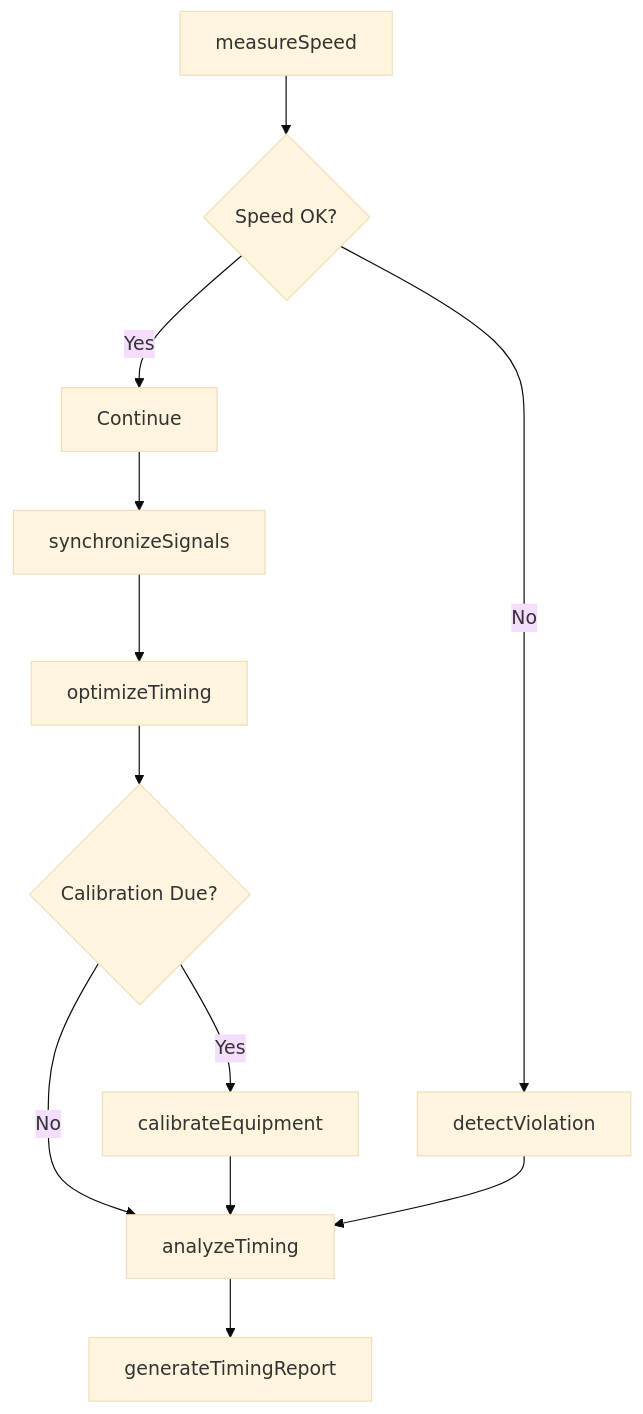
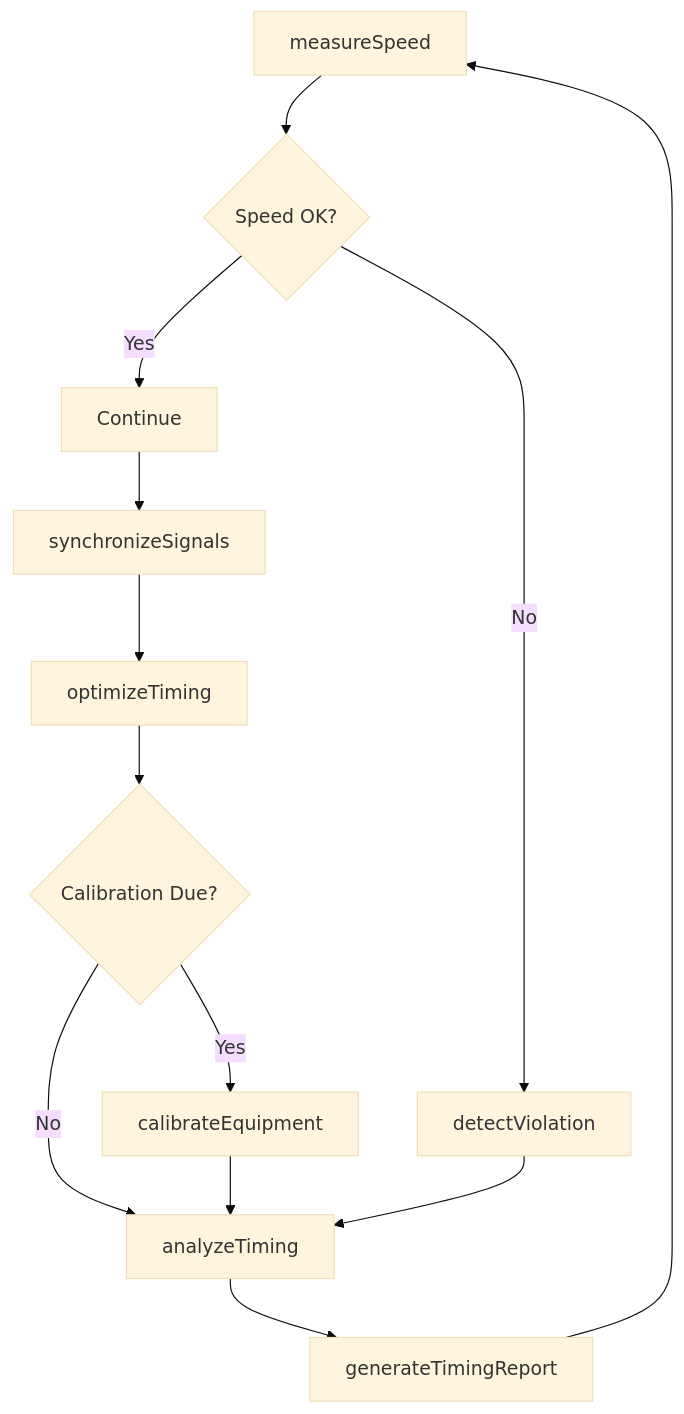
The third of 4 diagrams in MonitoringProcessesMaterialsOrSurroundings/MonitorTrafficConditions/TimeVehicleSpeedTraffic-controlEquipment.mdx (dot-org-ai/tasks.org.ai), drawn with Mermaid (base theme) before and after one commit. The commit also changed other lines of this file and 307 other files, not shown here.

First line of the commit message:
feat: Add ER diagrams and state diagrams to remaining 308 DWA task files (wave 3 complete)

````diff
--- a/MonitoringProcessesMaterialsOrSurroundings/MonitorTrafficConditions/TimeVehicleSpeedTraffic-controlEquipment.mdx
+++ b/MonitoringProcessesMaterialsOrSurroundings/MonitorTrafficConditions/TimeVehicleSpeedTraffic-controlEquipment.mdx
@@ -87,14 +116,15 @@
 ```mermaid
 graph TD
     A[measureSpeed] --> B{Speed OK?}
     B -->|No| C[detectViolation]
     B -->|Yes| D[Continue]
     D --> E[synchronizeSignals]
     E --> F[optimizeTiming]
     F --> G{Calibration Due?}
     G -->|Yes| H[calibrateEquipment]
     G -->|No| I[analyzeTiming]
     H --> I
     C --> I
     I --> J[generateTimingReport]
+    J --> A
 ```
````
